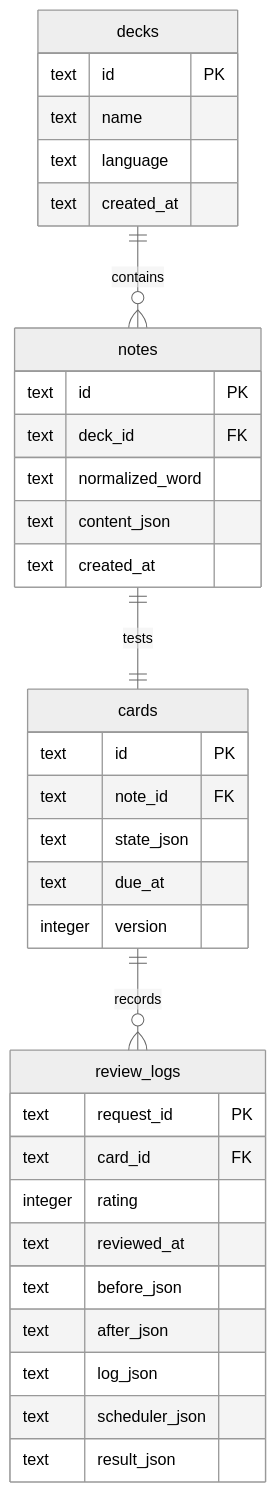
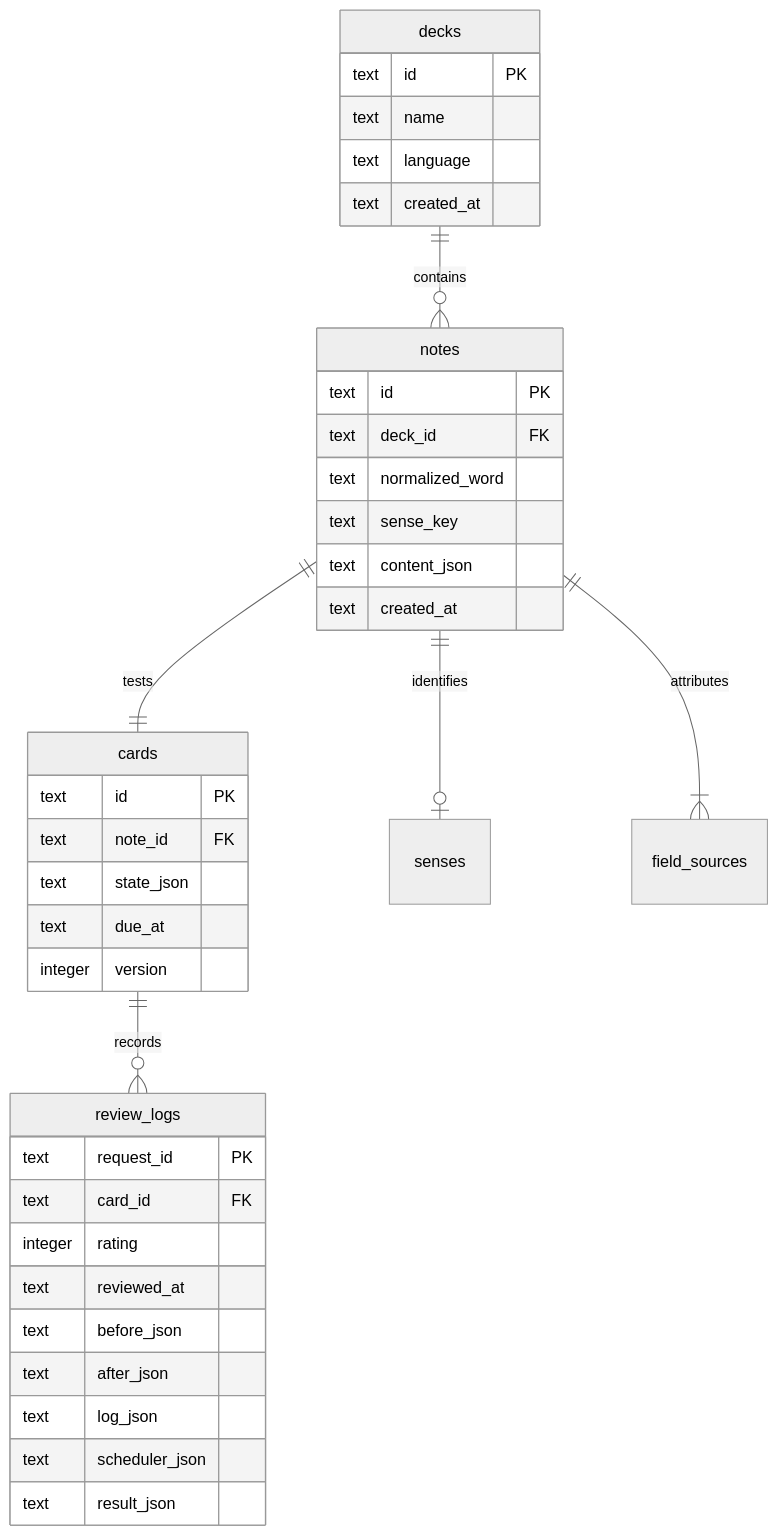
One commit to grtfou/lng-learn changed the diagram in docs/ARCHITECTURE.md. Above: the diagram before and after it, drawn with Mermaid (neutral theme). The commit also changed other lines of this file and 38 other files, not shown here.

````diff
--- a/docs/ARCHITECTURE.md
+++ b/docs/ARCHITECTURE.md
@@ -42,37 +42,40 @@
 ```mermaid
 erDiagram
   decks ||--o{ notes : contains
   notes ||--|| cards : tests
+  notes ||--o| senses : identifies
+  notes ||--|{ field_sources : attributes
   cards ||--o{ review_logs : records
   decks {
     text id PK
     text name
     text language
     text created_at
   }
   notes {
     text id PK
     text deck_id FK
     text normalized_word
+    text sense_key
     text content_json
     text created_at
   }
   cards {
     text id PK
     text note_id FK
     text state_json
     text due_at
     integer version
   }
   review_logs {
     text request_id PK
     text card_id FK
     integer rating
     text reviewed_at
     text before_json
     text after_json
     text log_json
     text scheduler_json
     text result_json
   }
 ```
````
